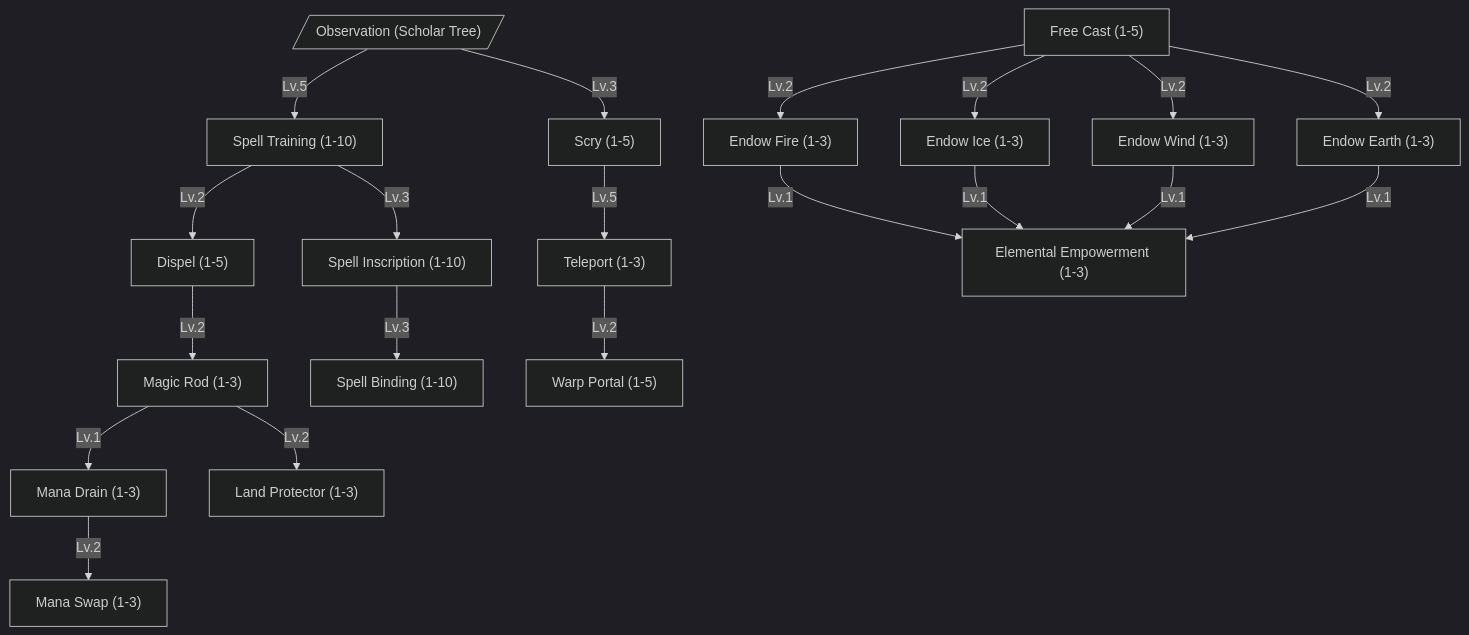
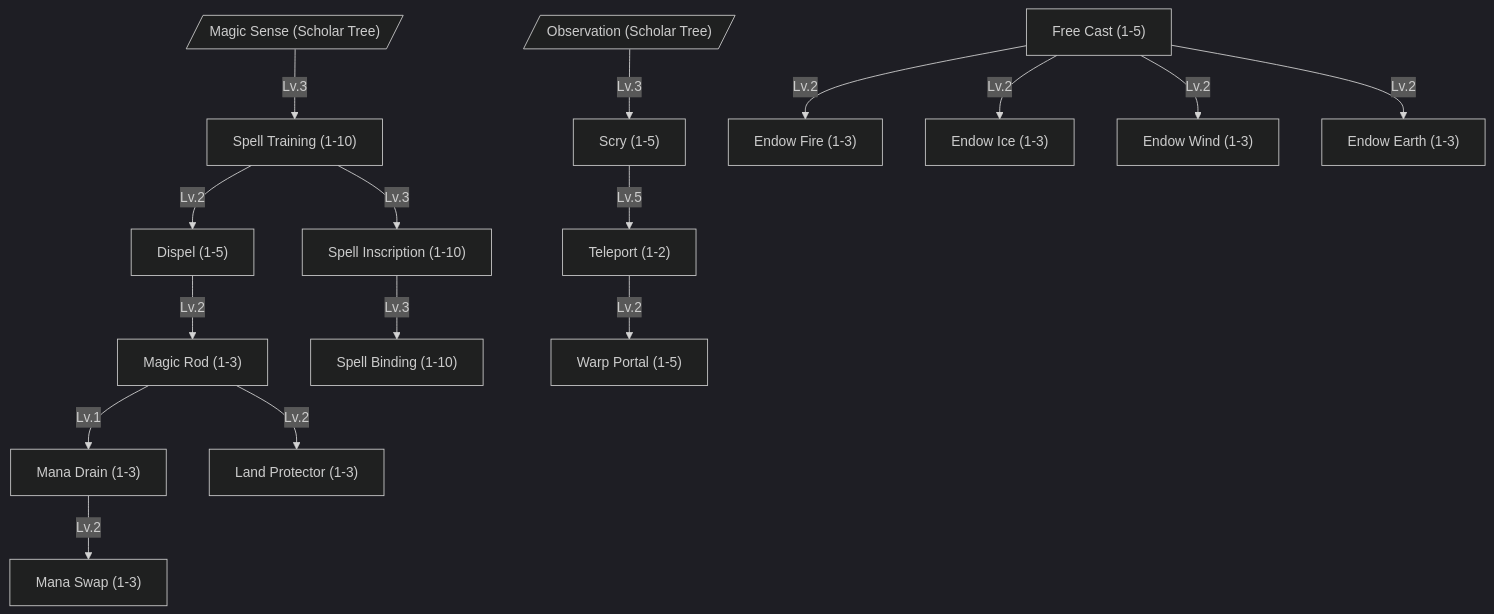
Before and after one commit to tfelix/bestia-docs: diagram 12 of 16 in content/docs/mechanics/master.md, drawn with Mermaid (dark theme). The commit also changed other lines of this file, not shown here.

````diff
--- a/content/docs/mechanics/master.md
+++ b/content/docs/mechanics/master.md
@@ -1303,44 +1306,40 @@
 ```mermaid
 graph TD
+    MagicSense[/"Magic Sense (Scholar Tree)"/]
     Observation[/"Observation (Scholar Tree)"/]
     SpellTraining["Spell Training (1-10)"]
     FreeCast["Free Cast (1-5)"]
     Scry["Scry (1-5)"]
     Dispel["Dispel (1-5)"]
     SpellInscription["Spell Inscription (1-10)"]
     SpellBinding["Spell Binding (1-10)"]
-    Teleport["Teleport (1-3)"]
+    Teleport["Teleport (1-2)"]
     WarpPortal["Warp Portal (1-5)"]
     MagicRod["Magic Rod (1-3)"]
     ManaDrain["Mana Drain (1-3)"]
     ManaSwap["Mana Swap (1-3)"]
     LandProtector["Land Protector (1-3)"]
     EndowFire["Endow Fire (1-3)"]
     EndowIce["Endow Ice (1-3)"]
     EndowWind["Endow Wind (1-3)"]
     EndowEarth["Endow Earth (1-3)"]
-    ElementalEmpowerment["Elemental Empowerment (1-3)"]
 
-    Observation -->|Lv.5| SpellTraining
+    MagicSense -->|Lv.3| SpellTraining
     Observation -->|Lv.3| Scry
     SpellTraining -->|Lv.2| Dispel
     SpellTraining -->|Lv.3| SpellInscription
     SpellInscription -->|Lv.3| SpellBinding
 
     Scry -->|Lv.5| Teleport
     Teleport -->|Lv.2| WarpPortal
 
     Dispel -->|Lv.2| MagicRod
     MagicRod -->|Lv.1| ManaDrain
     ManaDrain -->|Lv.2| ManaSwap
     MagicRod -->|Lv.2| LandProtector
 
     FreeCast -->|Lv.2| EndowFire
     FreeCast -->|Lv.2| EndowIce
     FreeCast -->|Lv.2| EndowWind
     FreeCast -->|Lv.2| EndowEarth
-    EndowWind -->|Lv.1| ElementalEmpowerment
-    EndowIce -->|Lv.1| ElementalEmpowerment
-    EndowFire -->|Lv.1| ElementalEmpowerment
-    EndowEarth -->|Lv.1| ElementalEmpowerment
 ```
````
